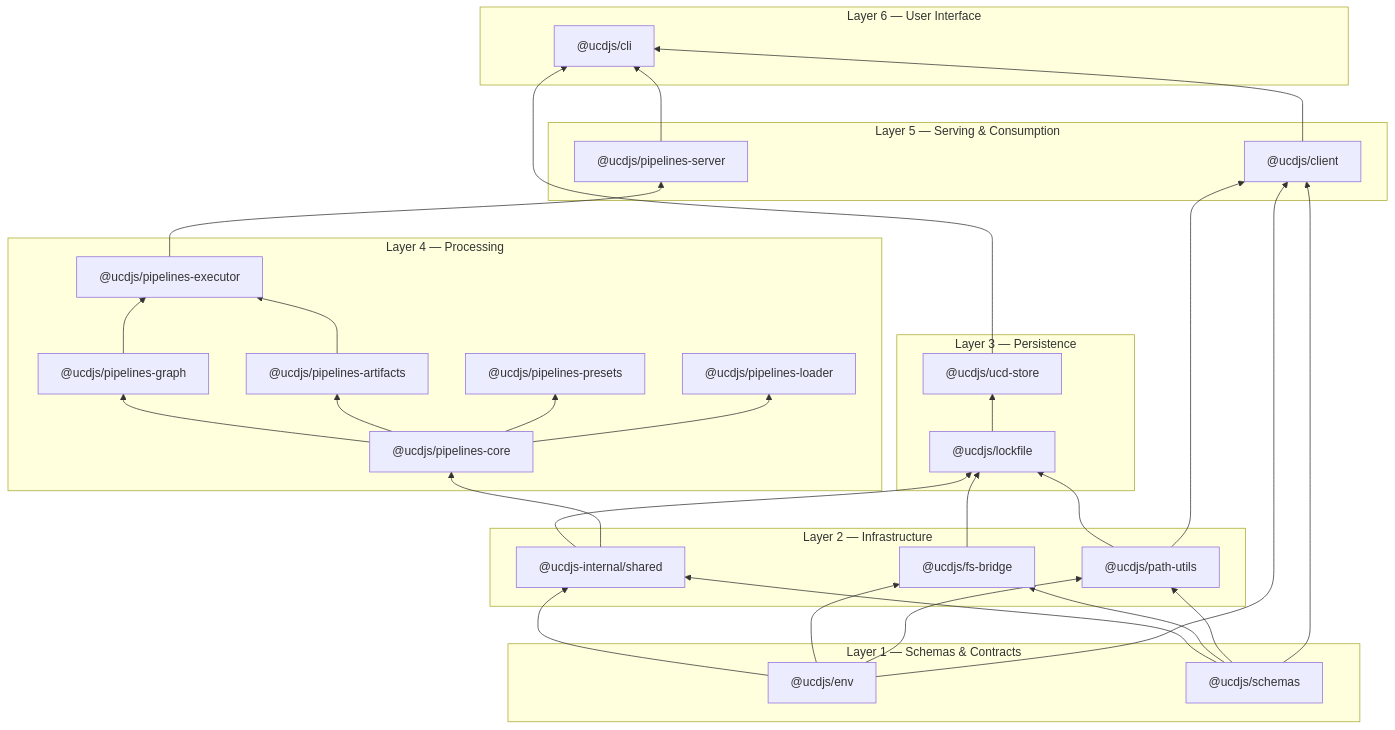
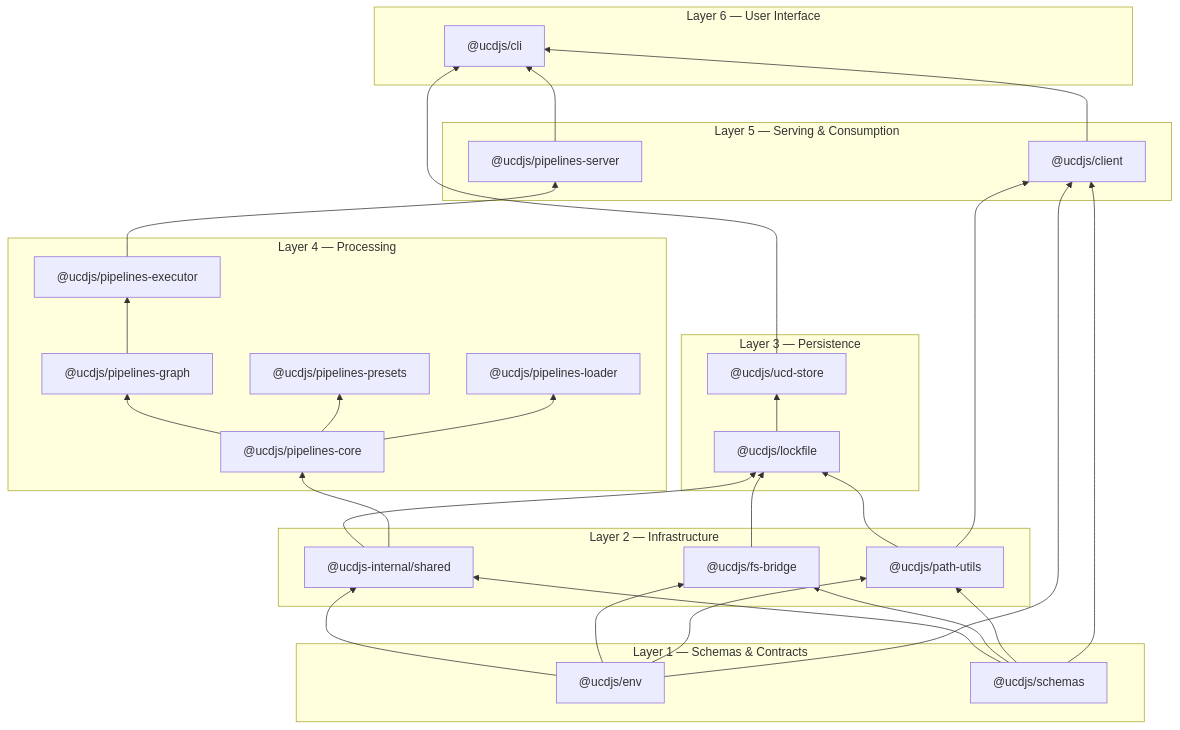
One commit to ucdjs/ucd changed the first of 3 diagrams in apps/docs/content/architecture/package-layers.mdx. Above: the diagram before and after it, drawn with Mermaid. The commit also changed other lines of this file and 19 other files, not shown here.

````diff
--- a/apps/docs/content/architecture/package-layers.mdx
+++ b/apps/docs/content/architecture/package-layers.mdx
@@ -12,48 +12,47 @@
 ```mermaid
 graph BT
   subgraph L1["Layer 1 — Schemas & Contracts"]
     ENV["@ucdjs/env"]
     SCH["@ucdjs/schemas"]
   end
 
   subgraph L2["Layer 2 — Infrastructure"]
     SH["@ucdjs-internal/shared"]
     FB["@ucdjs/fs-bridge"]
     PU["@ucdjs/path-utils"]
   end
 
   subgraph L3["Layer 3 — Persistence"]
     LF["@ucdjs/lockfile"]
     US["@ucdjs/ucd-store"]
   end
 
   subgraph L4["Layer 4 — Processing"]
     PC["@ucdjs/pipelines-core"]
     PG["@ucdjs/pipelines-graph"]
-    PA["@ucdjs/pipelines-artifacts"]
     PL["@ucdjs/pipelines-loader"]
     PE["@ucdjs/pipelines-executor"]
     PP["@ucdjs/pipelines-presets"]
   end
 
   subgraph L5["Layer 5 — Serving & Consumption"]
     CL["@ucdjs/client"]
     PS["@ucdjs/pipelines-server"]
   end
 
   subgraph L6["Layer 6 — User Interface"]
     CLI["@ucdjs/cli"]
   end
 
   ENV & SCH --> SH & FB & PU
   SH & FB & PU --> LF
   LF --> US
   SH --> PC
-  PC --> PG & PA & PP
-  PA & PG --> PE
+  PC --> PG & PP
+  PG --> PE
   PC --> PL
   PE --> PS
   ENV & PU & SCH --> CL
   US & CL --> CLI
   PS --> CLI
 ```
````
